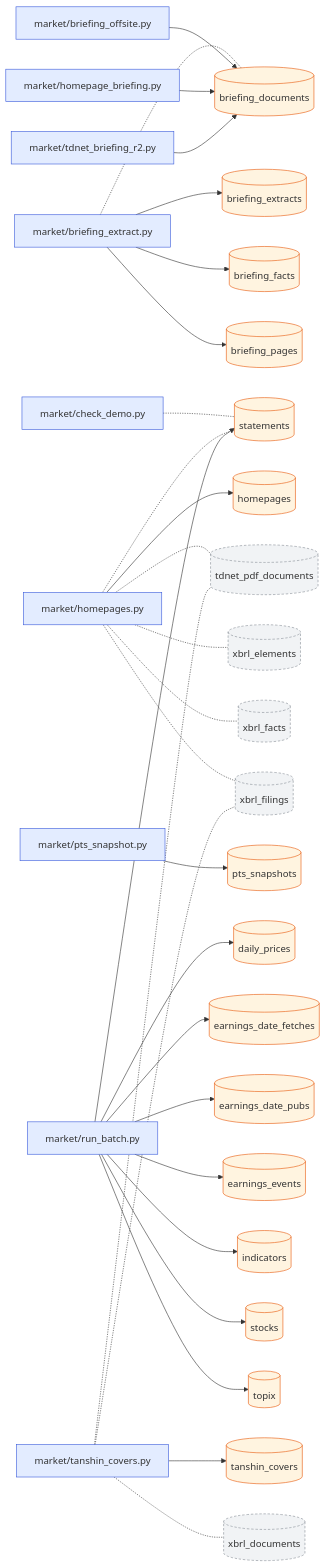
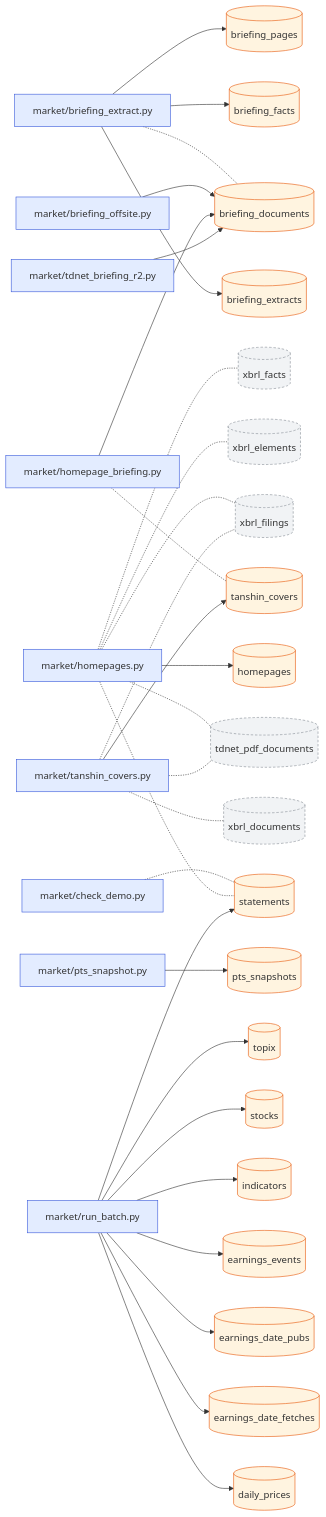
Before and after one commit to pekumirui/stock-analyzer: the first of 2 diagrams in docs/dataflow/market.md, drawn with Mermaid. The commit also changed other lines of this file and 11 other files, not shown here.

````diff
--- a/docs/dataflow/market.md
+++ b/docs/dataflow/market.md
@@ -9,63 +9,64 @@
 ```mermaid
 flowchart LR
   n0["market/briefing_extract.py"]:::job
   n1["market/briefing_offsite.py"]:::job
   n2["market/check_demo.py"]:::job
   n3["market/homepage_briefing.py"]:::job
   n4["market/homepages.py"]:::job
   n5["market/pts_snapshot.py"]:::job
   n6["market/run_batch.py"]:::job
   n7["market/tanshin_covers.py"]:::job
   n8["market/tdnet_briefing_r2.py"]:::job
   n9[("briefing_documents")]:::tbl
   n10[("briefing_extracts")]:::tbl
   n11[("briefing_facts")]:::tbl
   n12[("briefing_pages")]:::tbl
   n13[("daily_prices")]:::tbl
   n14[("earnings_date_fetches")]:::tbl
   n15[("earnings_date_pubs")]:::tbl
   n16[("earnings_events")]:::tbl
   n17[("homepages")]:::tbl
   n18[("indicators")]:::tbl
   n19[("pts_snapshots")]:::tbl
   n20[("statements")]:::tbl
   n21[("stocks")]:::tbl
   n22[("tanshin_covers")]:::tbl
   n23[("tdnet_pdf_documents")]:::ext
   n24[("topix")]:::tbl
   n25[("xbrl_documents")]:::ext
   n26[("xbrl_elements")]:::ext
   n27[("xbrl_facts")]:::ext
   n28[("xbrl_filings")]:::ext
   n0 -.- n9
   n0 --> n10
   n0 --> n11
   n0 --> n12
   n1 --> n9
   n2 -.- n20
   n3 --> n9
+  n3 -.- n22
   n4 --> n17
   n4 -.- n20
   n4 -.- n23
   n4 -.- n26
   n4 -.- n27
   n4 -.- n28
   n5 --> n19
   n6 --> n13
   n6 --> n14
   n6 --> n15
   n6 --> n16
   n6 --> n18
   n6 --> n20
   n6 --> n21
   n6 --> n24
   n7 --> n22
   n7 -.- n23
   n7 -.- n25
   n7 -.- n28
   n8 --> n9
   classDef job fill:#e3ecff,stroke:#3b5bdb
   classDef api fill:#e6f7ec,stroke:#2b8a3e
   classDef tbl fill:#fff4e0,stroke:#e8590c
   classDef ext fill:#f1f3f5,stroke:#868e96,stroke-dasharray:4 3
 ```
````
